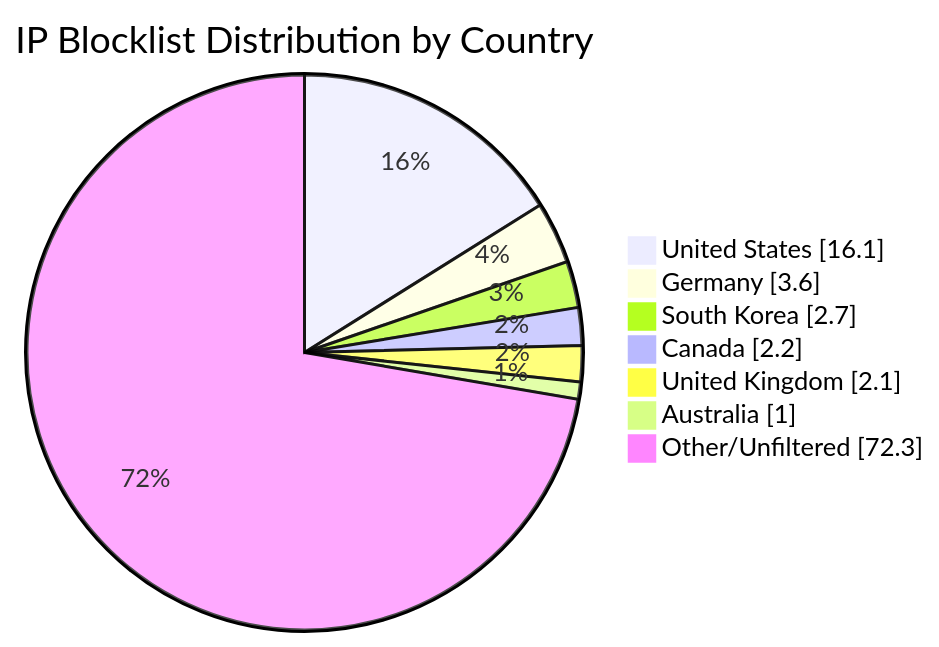
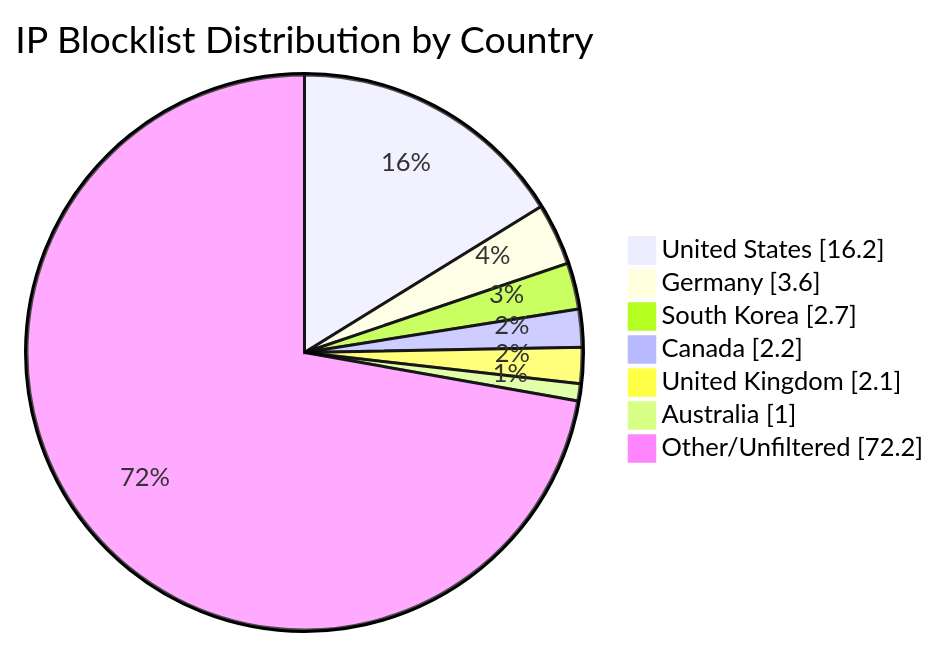
The diagram in README.md (MarcusHoltz/ipblocklist-geofiltered-aggregator), drawn with Mermaid before and after one commit. The commit also changed other lines of this file and 9 other files, not shown here.

````diff
--- a/README.md
+++ b/README.md
@@ -34,10 +34,10 @@
 ```mermaid
 pie showData title IP Blocklist Distribution by Country
-"United States" : 16.1
+"United States" : 16.2
 "Germany" : 3.6
 "South Korea" : 2.7
 "Canada" : 2.2
 "United Kingdom" : 2.1
 "Australia" : 1.0
-"Other/Unfiltered" : 72.3
+"Other/Unfiltered" : 72.2
 ```
````
